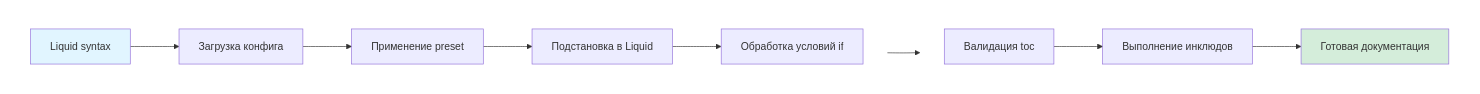
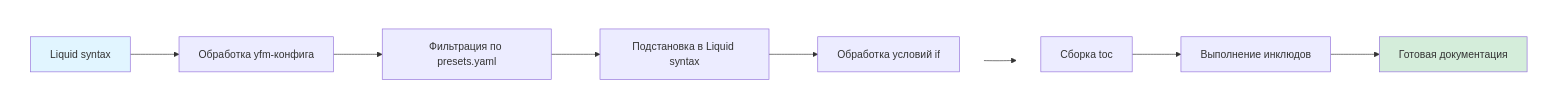
One commit to diplodoc-platform/docs changed the diagram in ru/dev/requirements.md. Above: the diagram before and after it, drawn with Mermaid. The commit also changed other lines of this file, not shown here.

Commit message:
Edit mermaid text

````diff
--- a/ru/dev/requirements.md
+++ b/ru/dev/requirements.md
@@ -13,28 +13,28 @@
 ```mermaid
 flowchart LR
     subgraph Row1 [ ]
         direction LR
-        A[Liquid syntax] --> B[Загрузка конфига]
-        B --> C[Применение preset]
-        C --> D[Подстановка в Liquid]
+        A[Liquid syntax] --> B[Обработка yfm-конфига]
+        B --> C[Фильтрация по presets.yaml]
+        C --> D[Подстановка в Liquid syntax]
         D --> E[Обработка условий if]
     end
 
     %% Невидимая связь для переноса (A под E)
     A ~~~ F
 
     subgraph Row2 [ ]
         direction LR
-        F[Валидация toc] --> G[Выполнение инклюдов]
+        F[Сборка toc] --> G[Выполнение инклюдов]
         G --> H[Готовая документация]
     end
 
     %% Видимая связь между рядами
     E --> F
 
     style A fill:#e1f5ff
     style H fill:#d4edda
     style Row1 stroke-width:0px,fill:none
     style Row2 stroke-width:0px,fill:none
 
 ```
````
